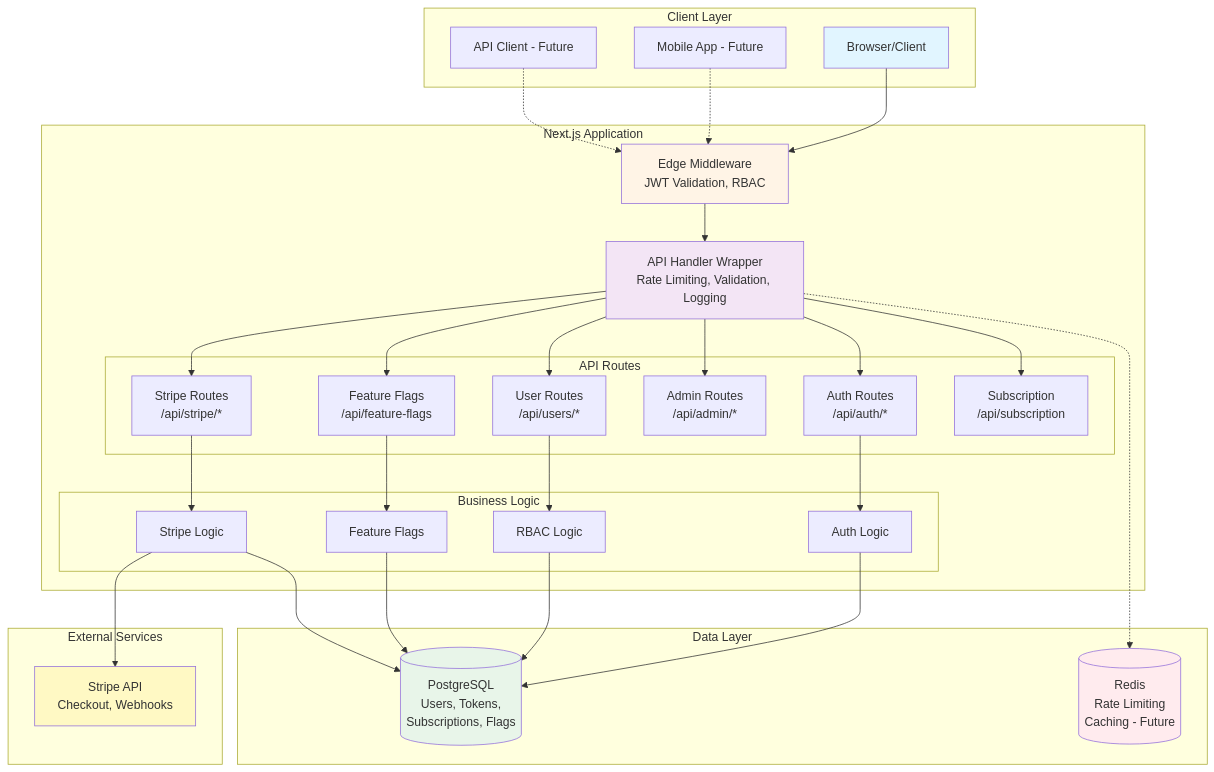
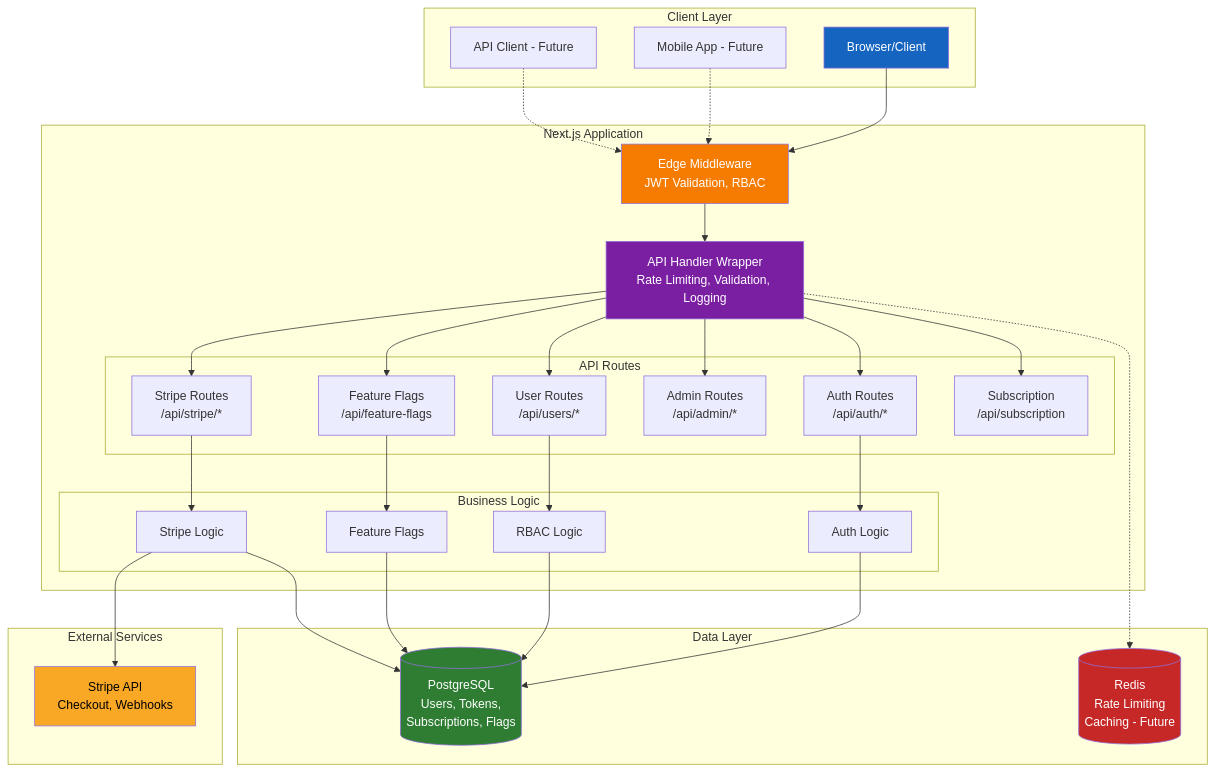
One commit to v1becheck/Next.js-SaaS-Starter changed the first of 15 diagrams in DIAGRAMS.md. Above: the diagram before and after it, drawn with Mermaid. The commit also changed other lines of this file, not shown here.

````diff
--- a/DIAGRAMS.md
+++ b/DIAGRAMS.md
@@ -9,70 +9,70 @@
 ```mermaid
 graph TB
     subgraph "Client Layer"
         Browser[Browser/Client]
         Mobile[Mobile App - Future]
         API_Client[API Client - Future]
     end
     
     subgraph "Next.js Application"
         Middleware[Edge Middleware<br/>JWT Validation, RBAC]
         API_Handler[API Handler Wrapper<br/>Rate Limiting, Validation, Logging]
         
         subgraph "API Routes"
             Auth[Auth Routes<br/>/api/auth/*]
             Stripe_Routes[Stripe Routes<br/>/api/stripe/*]
             Users[User Routes<br/>/api/users/*]
             Admin[Admin Routes<br/>/api/admin/*]
             Features[Feature Flags<br/>/api/feature-flags]
             Sub[Subscription<br/>/api/subscription]
         end
         
         subgraph "Business Logic"
             Auth_Logic[Auth Logic]
             RBAC_Logic[RBAC Logic]
             Stripe_Logic[Stripe Logic]
             Feature_Logic[Feature Flags]
         end
     end
     
     subgraph "Data Layer"
         PostgreSQL[(PostgreSQL<br/>Users, Tokens,<br/>Subscriptions, Flags)]
         Redis[(Redis<br/>Rate Limiting<br/>Caching - Future)]
     end
     
     subgraph "External Services"
         Stripe_API[Stripe API<br/>Checkout, Webhooks]
     end
     
     Browser --> Middleware
     Mobile -.-> Middleware
     API_Client -.-> Middleware
     
     Middleware --> API_Handler
     API_Handler --> Auth
     API_Handler --> Stripe_Routes
     API_Handler --> Users
     API_Handler --> Admin
     API_Handler --> Features
     API_Handler --> Sub
     
     Auth --> Auth_Logic
     Users --> RBAC_Logic
     Stripe_Routes --> Stripe_Logic
     Features --> Feature_Logic
     
     Auth_Logic --> PostgreSQL
     RBAC_Logic --> PostgreSQL
     Feature_Logic --> PostgreSQL
     Stripe_Logic --> Stripe_API
     Stripe_Logic --> PostgreSQL
     
     API_Handler -.-> Redis
     
-    style Browser fill:#e1f5ff
-    style Middleware fill:#fff4e6
-    style API_Handler fill:#f3e5f5
-    style PostgreSQL fill:#e8f5e9
-    style Stripe_API fill:#fff9c4
-    style Redis fill:#ffebee
+    style Browser fill:#1565c0,color:#fff
+    style Middleware fill:#f57c00,color:#fff
+    style API_Handler fill:#7b1fa2,color:#fff
+    style PostgreSQL fill:#2e7d32,color:#fff
+    style Stripe_API fill:#f9a825,color:#000
+    style Redis fill:#c62828,color:#fff
 ```
````
